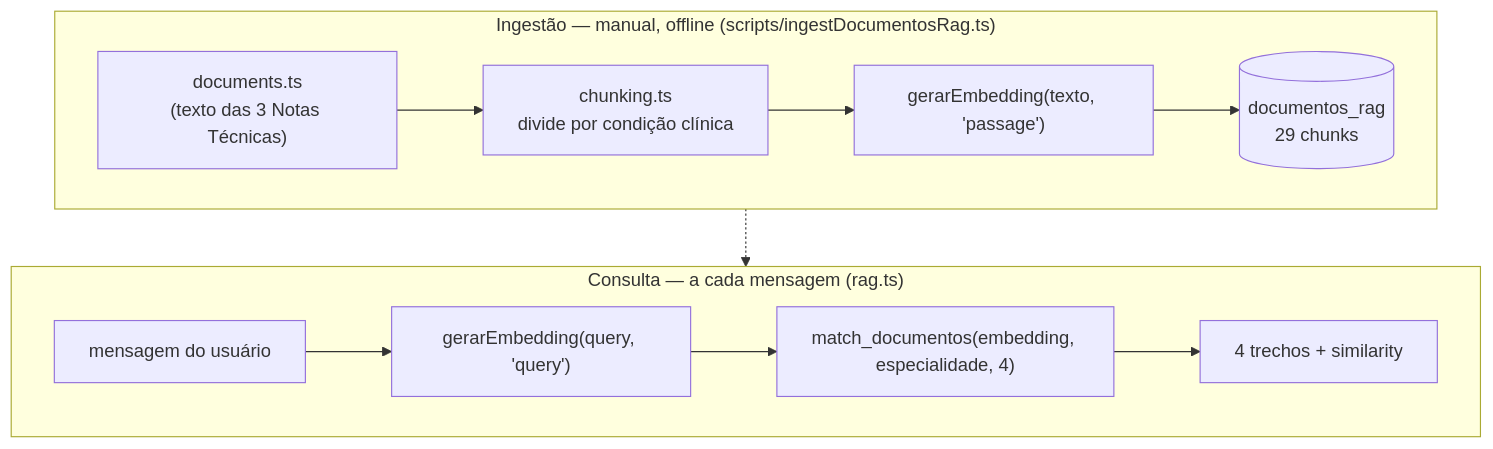
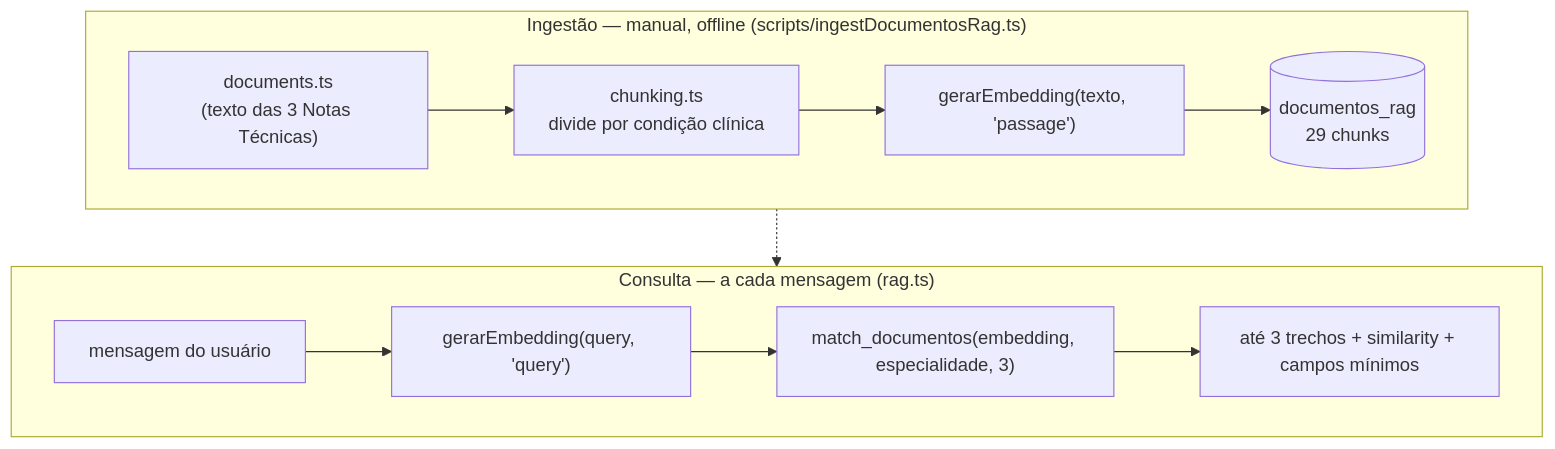
Before and after one commit to Nanashii76/PETSAUDE-chatbot: the diagram in docs-site/docs/rag.md, drawn with Mermaid. The commit also changed other lines of this file and 8 other files, not shown here.

````diff
--- a/docs-site/docs/rag.md
+++ b/docs-site/docs/rag.md
@@ -14,16 +12,16 @@
 ```mermaid
 flowchart TB
   subgraph ING["Ingestão — manual, offline (scripts/ingestDocumentosRag.ts)"]
     direction LR
     D1["documents.ts<br/>(texto das 3 Notas Técnicas)"] --> D2["chunking.ts<br/>divide por condição clínica"]
     D2 --> D3["gerarEmbedding(texto, 'passage')"]
     D3 --> D4[("documentos_rag<br/>29 chunks")]
   end
   subgraph CONS["Consulta — a cada mensagem (rag.ts)"]
     direction LR
     C1["mensagem do usuário"] --> C2["gerarEmbedding(query, 'query')"]
-    C2 --> C3["match_documentos(embedding, especialidade, 4)"]
+    C2 --> C3["match_documentos(embedding, especialidade, 3)"]
     D4 -.-> C3
-    C3 --> C4["4 trechos + similarity"]
+    C3 --> C4["até 3 trechos + similarity + campos mínimos"]
   end
 ```
````
